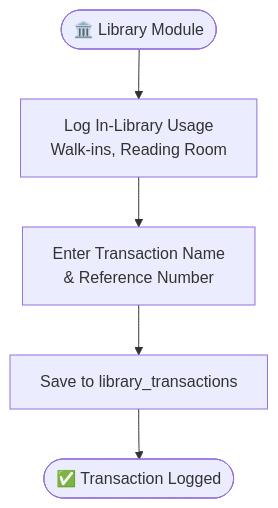
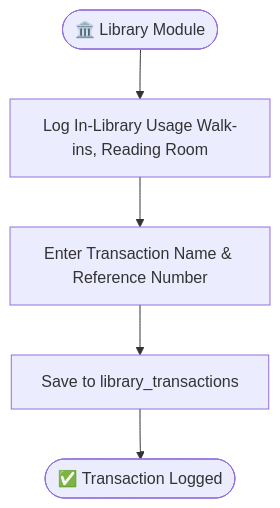
Before and after one commit to ErickGaceta/BaguioCentralUniversity_LibraryManagementSystem: the fifth of 8 diagrams in Flowchart.md, drawn with Mermaid. The commit also changed other lines of this file, not shown here.

````diff
--- a/Flowchart.md
+++ b/Flowchart.md
@@ -104,7 +104,7 @@
 ```mermaid
 flowchart TD
-    A([🏛️ Library Module]) --> B[Log In-Library Usage\nWalk-ins, Reading Room]
-    B --> C[Enter Transaction Name\n& Reference Number]
+    A([🏛️ Library Module]) --> B[Log In-Library Usage Walk-ins, Reading Room]
+    B --> C[Enter Transaction Name & Reference Number]
     C --> D[Save to library_transactions]
     D --> E([✅ Transaction Logged])
 ```
````
